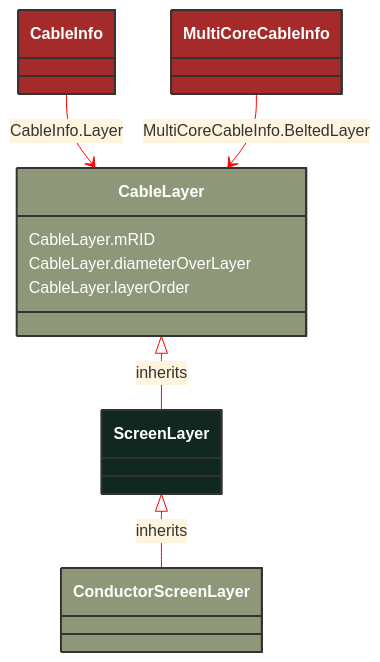
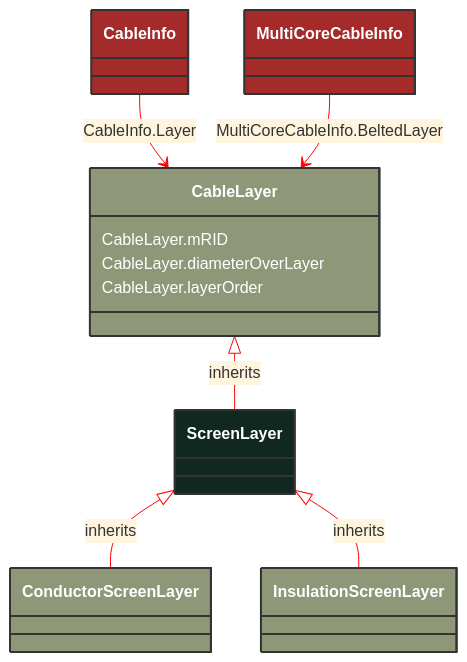
One commit to 3lbits/NoCIMExtensions changed the diagram in docs/Models/Profiles/SubseaCableInfo/ConcreteClasses/ScreenLayer.md. Above: the diagram before and after it, drawn with Mermaid. The commit also changed 63 other files, not shown here.

````diff
--- a/docs/Models/Profiles/SubseaCableInfo/ConcreteClasses/ScreenLayer.md
+++ b/docs/Models/Profiles/SubseaCableInfo/ConcreteClasses/ScreenLayer.md
@@ -8,35 +8,41 @@
 ```mermaid
 %%{init: {'theme':'base','themeVariables': {'lineColor': '#FF0000'}}}%%
 classDiagram
     class ScreenLayer
     click ScreenLayer href "/Models/Profiles/SubseaCableInfo/ConcreteClasses/ScreenLayer/"
     style ScreenLayer fill:#102820,stroke:#333,stroke-width:2px,rx:10,ry:10,color:white
 
         ScreenLayer <|-- ConductorScreenLayer : inherits
 
         ConductorScreenLayer
             click ConductorScreenLayer href "/Models/Profiles/SubseaCableInfo/ConcreteClasses/ConductorScreenLayer/"
             style ConductorScreenLayer fill:#8F9779,stroke:#333,stroke-width:2px,rx:10,ry:10,color:white
+
+        ScreenLayer <|-- InsulationScreenLayer : inherits
+
+        InsulationScreenLayer
+            click InsulationScreenLayer href "/Models/Profiles/SubseaCableInfo/ConcreteClasses/InsulationScreenLayer/"
+            style InsulationScreenLayer fill:#8F9779,stroke:#333,stroke-width:2px,rx:10,ry:10,color:white
      
         CableLayer <|-- ScreenLayer : inherits
             click CableLayer href "/Models/Profiles/SubseaCableInfo/AbstractClasses/CableLayer/"
             style CableLayer fill:#8F9779,stroke:#333,stroke-width:2px,rx:10,ry:10,color:white
 
 
         CableInfo --> CableLayer : CableInfo.Layer
 
         CableInfo
             click CableInfo href "/Models/Profiles/SubseaCableInfo/ConcreteClasses/CableInfo/"
             style CableInfo fill:#A52A2A,stroke:#333,stroke-width:2px,rx:10,ry:10,color:white
 
         MultiCoreCableInfo --> CableLayer : MultiCoreCableInfo.BeltedLayer
 
         MultiCoreCableInfo
             click MultiCoreCableInfo href "/Models/Profiles/SubseaCableInfo/ConcreteClasses/MultiCoreCableInfo/"
             style MultiCoreCableInfo fill:#A52A2A,stroke:#333,stroke-width:2px,rx:10,ry:10,color:white
 
 
         CableLayer : CableLayer.mRID
         CableLayer : CableLayer.diameterOverLayer
         CableLayer : CableLayer.layerOrder
 ```
````
